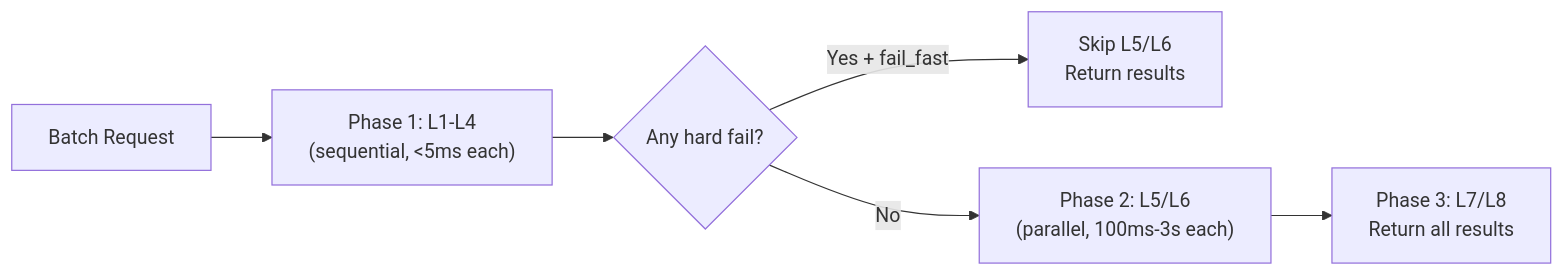
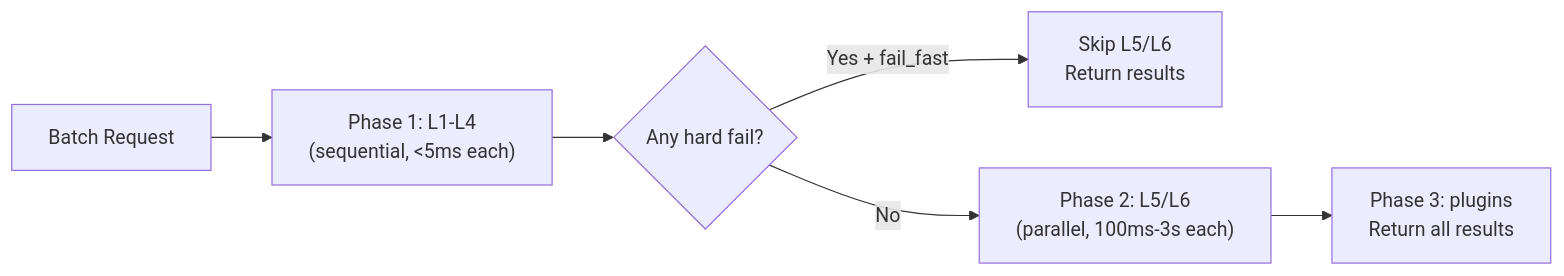
The second of 3 diagrams in src/content/docs/architecture/assertion-pipeline.mdx (attest-framework/attest-website), drawn with Mermaid before and after one commit. The commit also changed other lines of this file and 24 other files, not shown here.

````diff
--- a/src/content/docs/architecture/assertion-pipeline.mdx
+++ b/src/content/docs/architecture/assertion-pipeline.mdx
@@ -42,8 +44,8 @@
 ```mermaid
 flowchart LR
     A["Batch Request"] --> B["Phase 1: L1-L4<br/>(sequential, <5ms each)"]
     B --> C{Any hard fail?}
     C -->|"Yes + fail_fast"| D["Skip L5/L6<br/>Return results"]
     C -->|"No"| E["Phase 2: L5/L6<br/>(parallel, 100ms-3s each)"]
-    E --> F["Phase 3: L7/L8<br/>Return all results"]
+    E --> F["Phase 3: plugins<br/>Return all results"]
 ```
````
